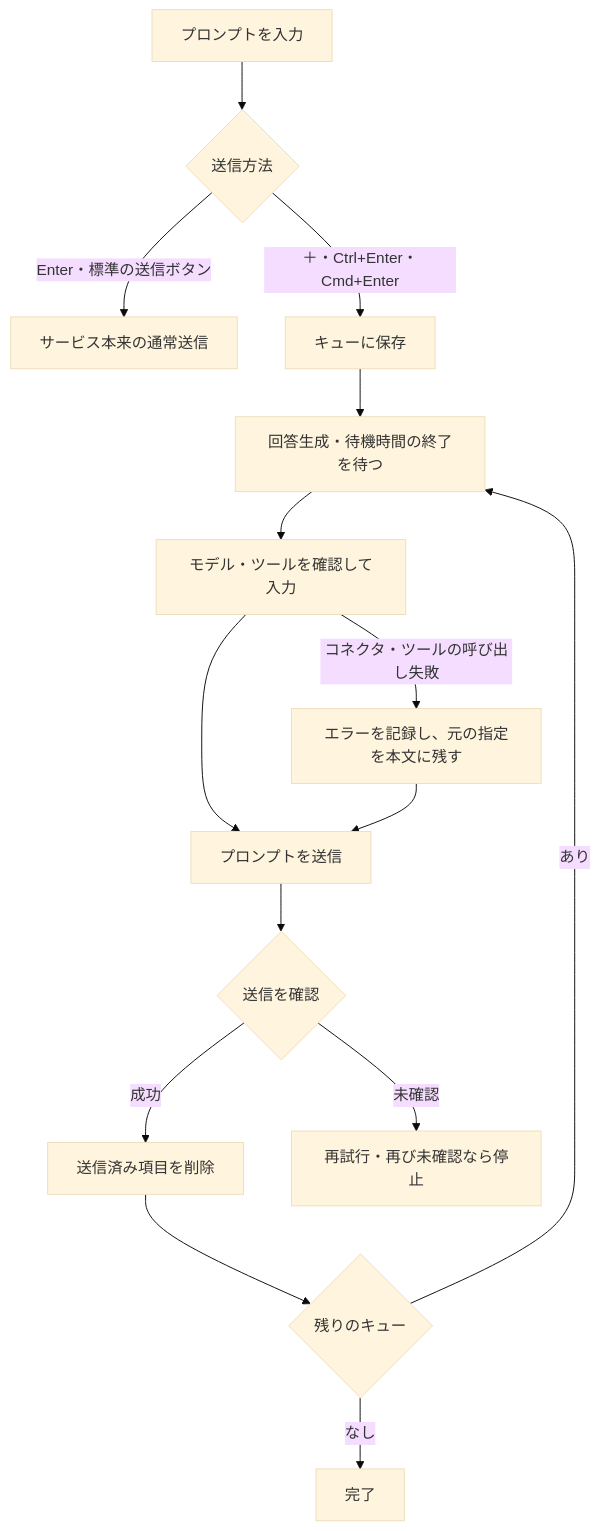
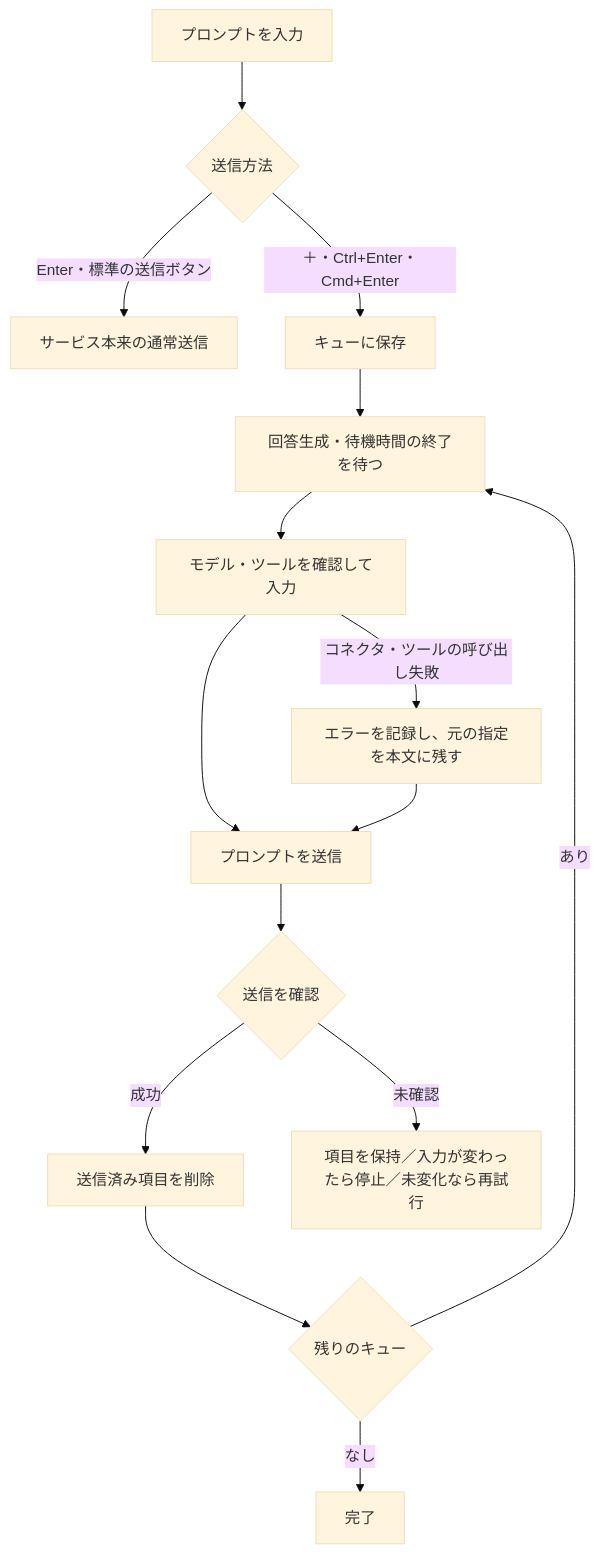
The first of 4 diagrams in README.md (coroke3/chatgpt-queue), drawn with Mermaid (base theme) before and after one commit. The commit also changed other lines of this file and 9 other files, not shown here.

````diff
--- a/README.md
+++ b/README.md
@@ -53,17 +53,17 @@
 ```mermaid
 flowchart TD
     A[プロンプトを入力] --> B{送信方法}
     B -->|Enter・標準の送信ボタン| C[サービス本来の通常送信]
     B -->|＋・Ctrl+Enter・Cmd+Enter| D[キューに保存]
     D --> E[回答生成・待機時間の終了を待つ]
     E --> F[モデル・ツールを確認して入力]
     F --> S[プロンプトを送信]
     S --> G{送信を確認}
     G -->|成功| H[送信済み項目を削除]
     H --> J{残りのキュー}
     J -->|あり| E
     J -->|なし| K[完了]
-    G -->|未確認| L[再試行・再び未確認なら停止]
+    G -->|未確認| L[項目を保持／入力が変わったら停止／未変化なら再試行]
     F -->|コネクタ・ツールの呼び出し失敗| I[エラーを記録し、元の指定を本文に残す]
     I --> S
 ```
````
